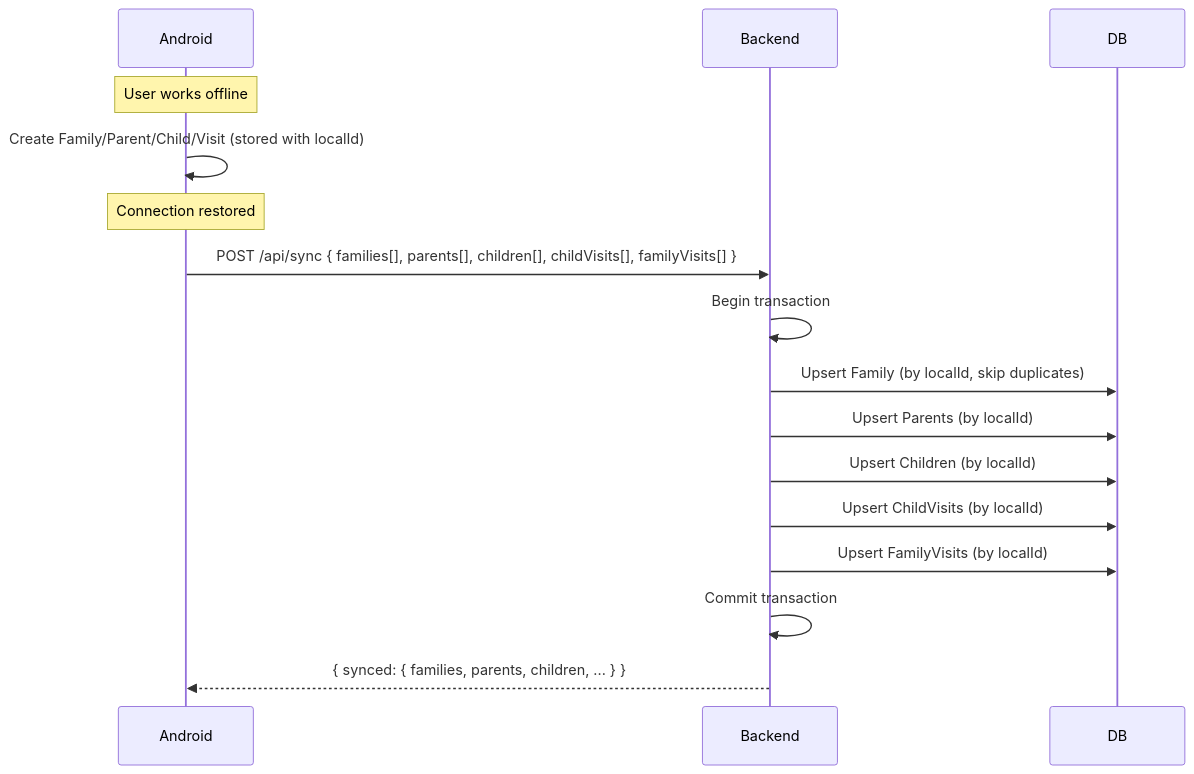
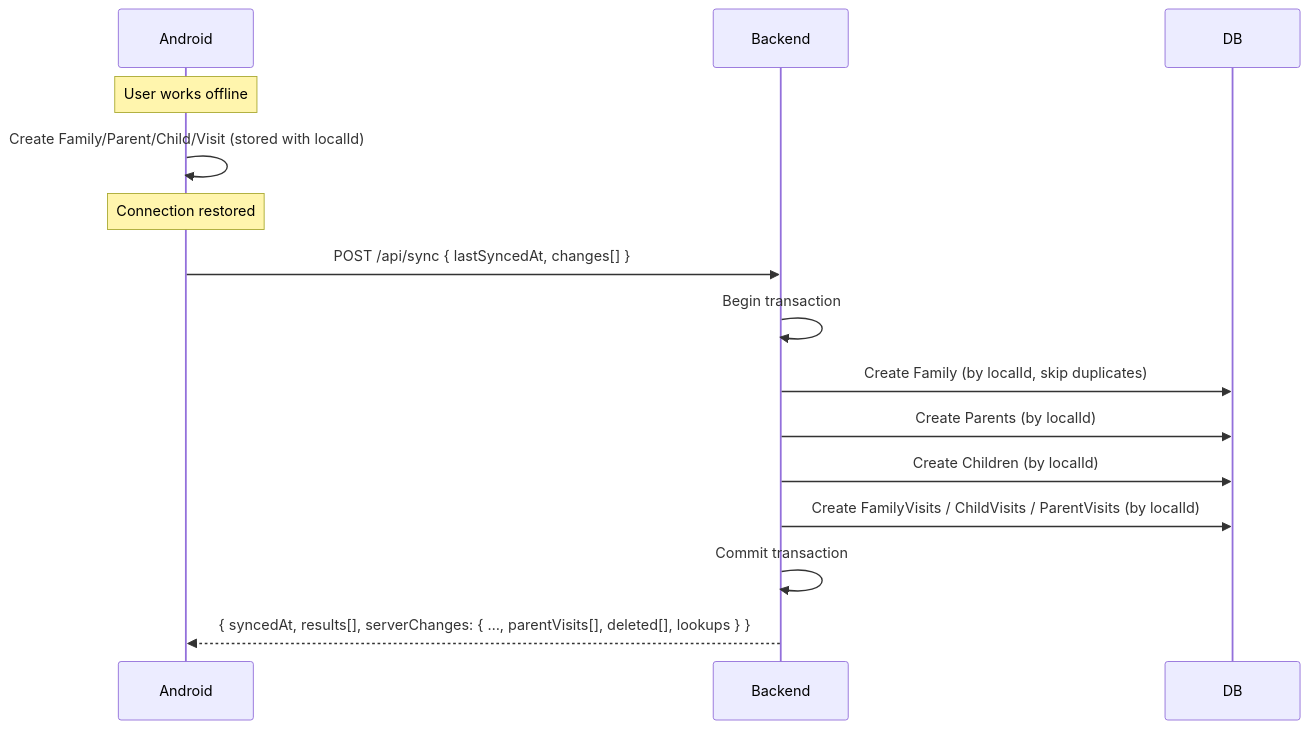
The eighth of 10 diagrams in ARCHITECTURE.md (the-humble-village/naru_website), drawn with Mermaid before and after one commit. The commit also changed other lines of this file and 12 other files, not shown here.

Commit message:
Bug fixes for the expected value of the family and child visits

````diff
--- a/ARCHITECTURE.md
+++ b/ARCHITECTURE.md
@@ -431,20 +431,19 @@
 ```mermaid
 sequenceDiagram
     participant Android
     participant Backend
     participant DB
 
     Note over Android: User works offline
     Android->>Android: Create Family/Parent/Child/Visit (stored with localId)
 
     Note over Android: Connection restored
-    Android->>Backend: POST /api/sync { families[], parents[], children[], childVisits[], familyVisits[] }
+    Android->>Backend: POST /api/sync { lastSyncedAt, changes[] }
     Backend->>Backend: Begin transaction
-    Backend->>DB: Upsert Family (by localId, skip duplicates)
-    Backend->>DB: Upsert Parents (by localId)
-    Backend->>DB: Upsert Children (by localId)
-    Backend->>DB: Upsert ChildVisits (by localId)
-    Backend->>DB: Upsert FamilyVisits (by localId)
+    Backend->>DB: Create Family (by localId, skip duplicates)
+    Backend->>DB: Create Parents (by localId)
+    Backend->>DB: Create Children (by localId)
+    Backend->>DB: Create FamilyVisits / ChildVisits / ParentVisits (by localId)
     Backend->>Backend: Commit transaction
-    Backend-->>Android: { synced: { families, parents, children, ... } }
+    Backend-->>Android: { syncedAt, results[], serverChanges: { …, parentVisits[], deleted[], lookups } }
 ```
````
